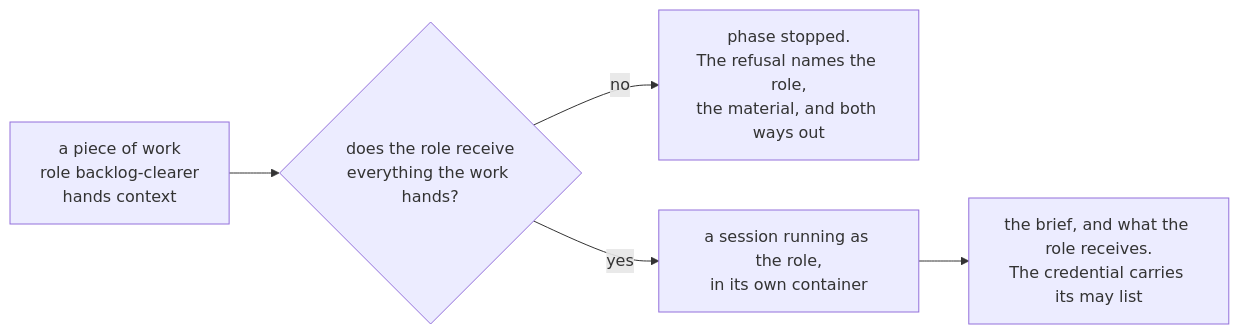
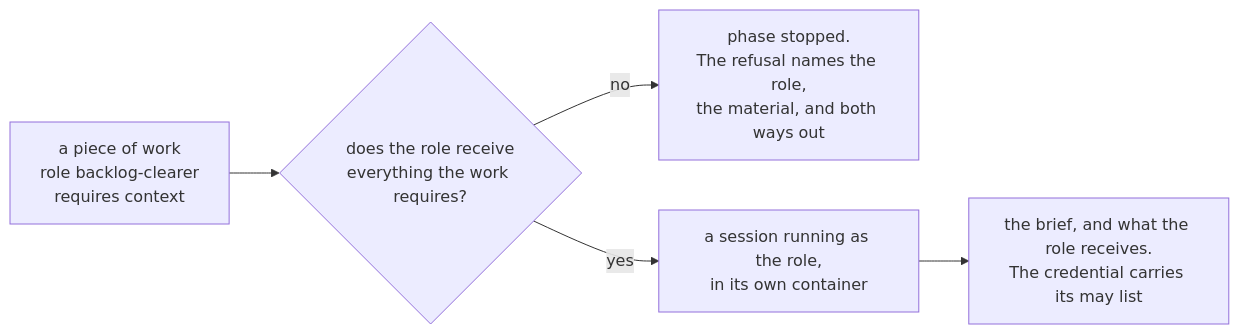
One commit to atlantic-blue/quay-crew changed the first of 3 diagrams in docs/ROLES.md. Above: the diagram before and after it, drawn with Mermaid. The commit also changed other lines of this file and 27 other files, not shown here.

Commit message:
refactor: what a piece of work cannot be done without is what it requires

````diff
--- a/docs/ROLES.md
+++ b/docs/ROLES.md
@@ -55,7 +60,7 @@
 ```mermaid
 flowchart LR
-    WORK["a piece of work<br/>role backlog-clearer<br/>hands context"] --> CHECK{"does the role receive<br/>everything the work hands?"}
+    WORK["a piece of work<br/>role backlog-clearer<br/>requires context"] --> CHECK{"does the role receive<br/>everything the work requires?"}
     CHECK -->|"no"| STOPPED["phase stopped.<br/>The refusal names the role,<br/>the material, and both ways out"]
     CHECK -->|"yes"| SESSION["a session running as the role,<br/>in its own container"]
     SESSION --> GIVEN["the brief, and what the role receives.<br/>The credential carries its may list"]
 ```
````
